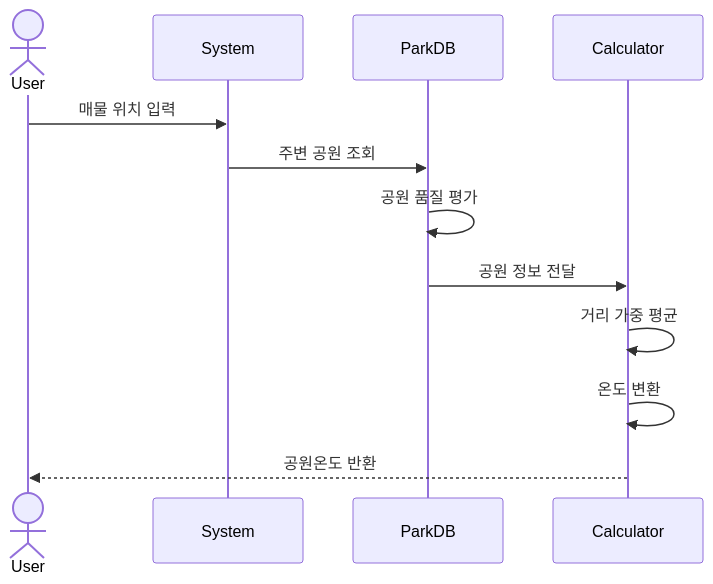
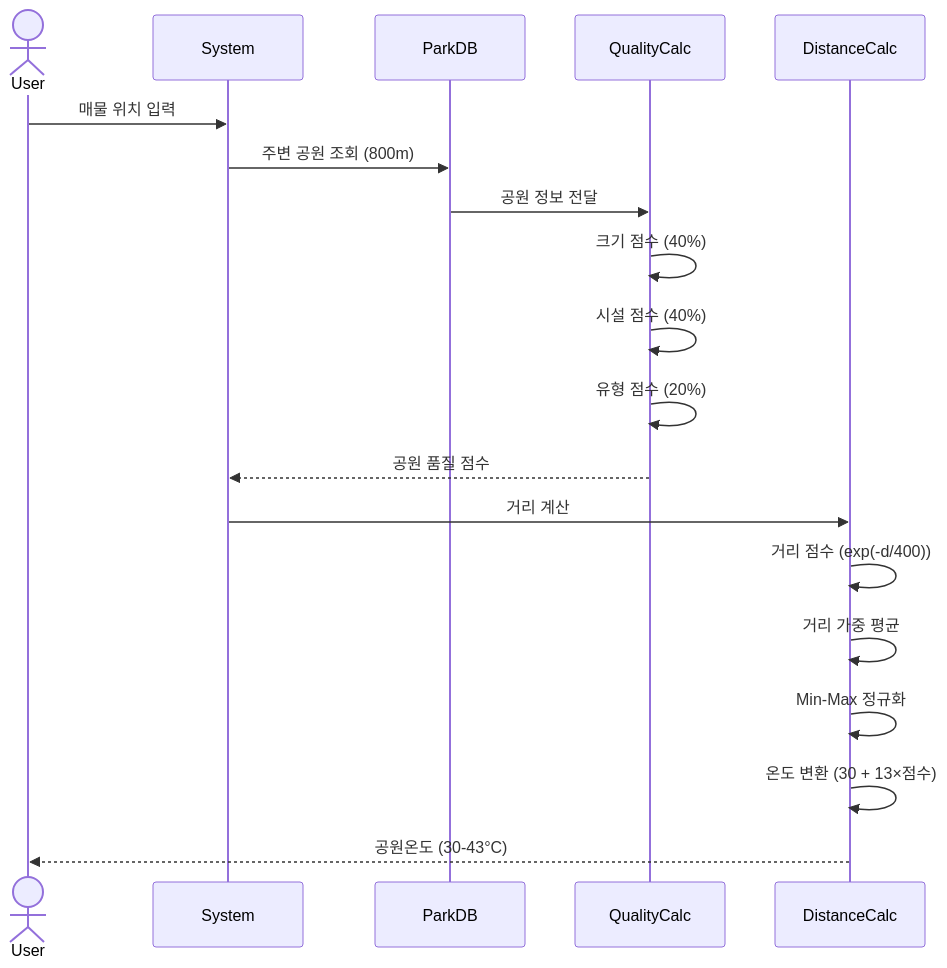
One commit to eunjeong0911/Property-recommend changed the third of 5 diagrams in analytics/sequence_diagrams.md. Above: the diagram before and after it, drawn with Mermaid. The commit also changed other lines of this file, not shown here.

Commit message:
docs: 시퀀스 다이어그램 수정

````diff
--- a/analytics/sequence_diagrams.md
+++ b/analytics/sequence_diagrams.md
@@ -44,15 +56,24 @@
 ```mermaid
 sequenceDiagram
     actor User
     participant System
     participant ParkDB
-    participant Calculator
+    participant QualityCalc
+    participant DistanceCalc
     
     User->>System: 매물 위치 입력
-    System->>ParkDB: 주변 공원 조회
-    ParkDB->>ParkDB: 공원 품질 평가
-    ParkDB->>Calculator: 공원 정보 전달
-    Calculator->>Calculator: 거리 가중 평균
-    Calculator->>Calculator: 온도 변환
-    Calculator-->>User: 공원온도 반환
+    System->>ParkDB: 주변 공원 조회 (800m)
+    
+    ParkDB->>QualityCalc: 공원 정보 전달
+    QualityCalc->>QualityCalc: 크기 점수 (40%)
+    QualityCalc->>QualityCalc: 시설 점수 (40%)
+    QualityCalc->>QualityCalc: 유형 점수 (20%)
+    QualityCalc-->>System: 공원 품질 점수
+    
+    System->>DistanceCalc: 거리 계산
+    DistanceCalc->>DistanceCalc: 거리 점수 (exp(-d/400))
+    DistanceCalc->>DistanceCalc: 거리 가중 평균
+    DistanceCalc->>DistanceCalc: Min-Max 정규화
+    DistanceCalc->>DistanceCalc: 온도 변환 (30 + 13×점수)
+    DistanceCalc-->>User: 공원온도 (30-43°C)
 ```
````
